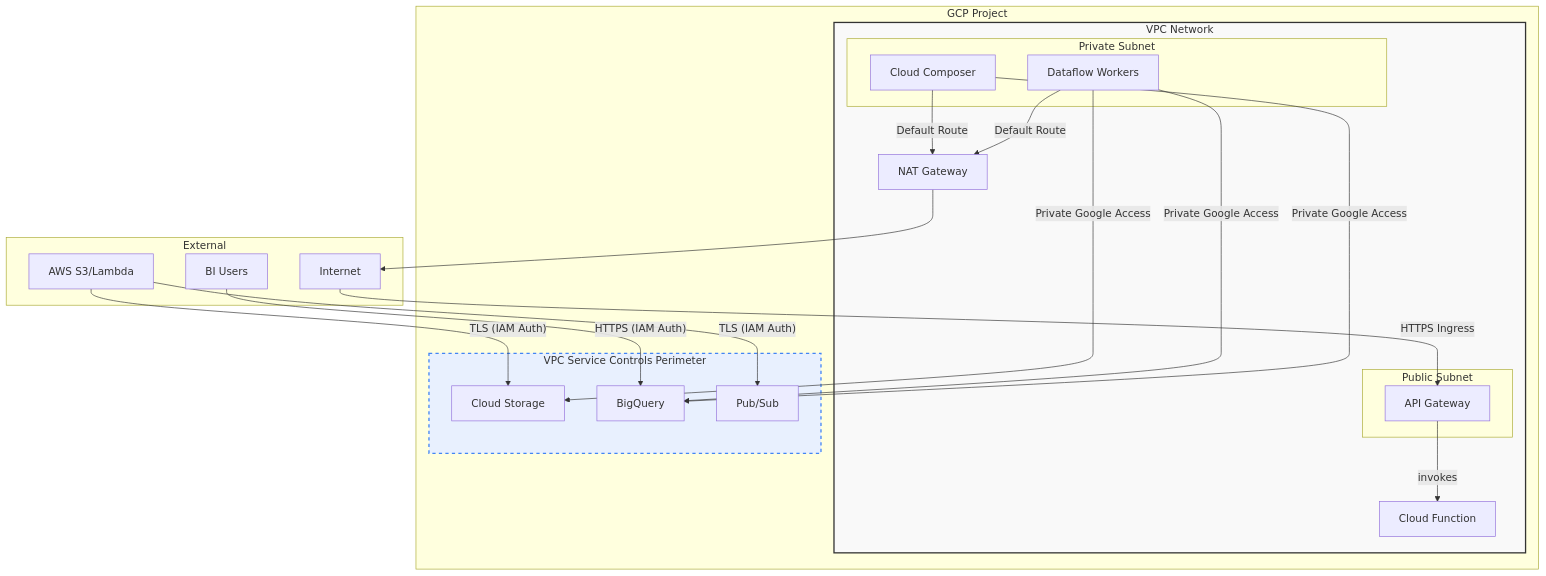
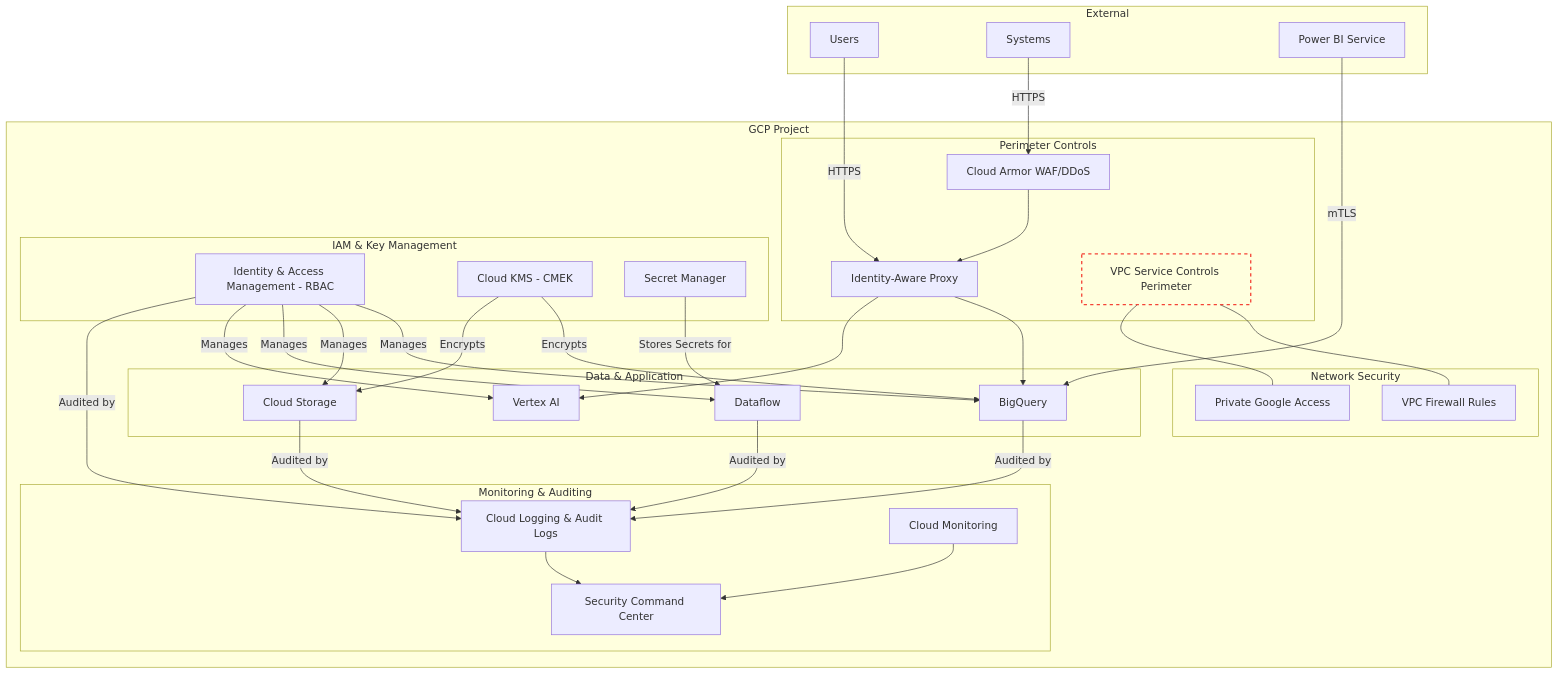
The third of 3 diagrams in README.md (hulkamaphone/terraform_documenter), drawn with Mermaid before and after one commit. The commit also changed other lines of this file, not shown here.

````diff
--- a/README.md
+++ b/README.md
@@ -212,47 +289,70 @@
 ```mermaid
 graph TD
-    subgraph External
-        AWS[AWS S3/Lambda];
-        Users[BI Users];
-        Internet;
+    subgraph "External"
+        U[Users]
+        S[Systems]
+        PBI[Power BI Service]
     end
 
-    subgraph "GCP_Project" [GCP Project]
-        subgraph "VPC" [VPC Network]
-            style VPC fill:#f9f9f9,stroke:#333,stroke-width:2px
-
-            subgraph "PublicSubnet" [Public Subnet]
-                APIGW[API Gateway];
-            end
-            
-            subgraph "PrivateSubnet" [Private Subnet]
-                CC[Cloud Composer];
-                DF[Dataflow Workers];
-            end
-
-            NGW[NAT Gateway];
-            
-            CC -- "Default Route" --> NGW;
-            DF -- "Default Route" --> NGW;
-            NGW --> Internet;
-            Internet -- "HTTPS Ingress" --> APIGW;
-            APIGW -- "invokes" --> Func;
+    subgraph "GCP Project"
+        subgraph "Perimeter Controls"
+            WAF[Cloud Armor WAF/DDoS]
+            IAP[Identity-Aware Proxy]
+            VPC[VPC Service Controls Perimeter]:::perimeter
         end
 
-        subgraph "ServicePerimeter" [VPC Service Controls Perimeter]
-            style ServicePerimeter fill:#e8f0fe,stroke:#4285F4,stroke-width:2px,stroke-dasharray:5 5
-            GCS[Cloud Storage];
-            BQ[BigQuery];
-            PubSubService[Pub/Sub];
-            Func[Cloud Function];
+        subgraph "IAM & Key Management"
+            IAM[Identity & Access Management - RBAC]
+            KMS[Cloud KMS - CMEK]
+            SM[Secret Manager]
+        end
+
+        subgraph "Network Security"
+            FW[VPC Firewall Rules]
+            PG[Private Google Access]
+        end
+
+        subgraph "Data & Application"
+            BQ[BigQuery]
+            GCS[Cloud Storage]
+            DF[Dataflow]
+            VRX[Vertex AI]
+        end
+
+        subgraph "Monitoring & Auditing"
+            LOG[Cloud Logging & Audit Logs]
+            MON[Cloud Monitoring]
+            SCC[Security Command Center]
         end
     end
 
-    Users -- "HTTPS (IAM Auth)" --> BQ;
-    AWS -- "TLS (IAM Auth)" --> GCS;
-    AWS -- "TLS (IAM Auth)" --> PubSubService;
-    
-    DF -- "Private Google Access" --> GCS;
-    DF -- "Private Google Access" --> BQ;
-    CC -- "Private Google Access" --> BQ;
+    U -- HTTPS --> IAP
+    S -- HTTPS --> WAF
+    PBI -- mTLS --> BQ
+    WAF --> IAP
+    IAP --> BQ
+    IAP --> VRX
+
+    IAM -- Manages --> BQ
+    IAM -- Manages --> GCS
+    IAM -- Manages --> DF
+    IAM -- Manages --> VRX
+
+    KMS -- Encrypts --> BQ
+    KMS -- Encrypts --> GCS
+
+    SM -- Stores Secrets for --> DF
+
+    VPC --- FW
+    VPC --- PG
+
+    BQ -- Audited by --> LOG
+    GCS -- Audited by --> LOG
+    DF -- Audited by --> LOG
+    IAM -- Audited by --> LOG
+
+    LOG --> SCC
+    MON --> SCC
+
+    classDef perimeter fill:none,stroke:#f44336,stroke-width:2px,stroke-dasharray: 5 5
 ```
````
